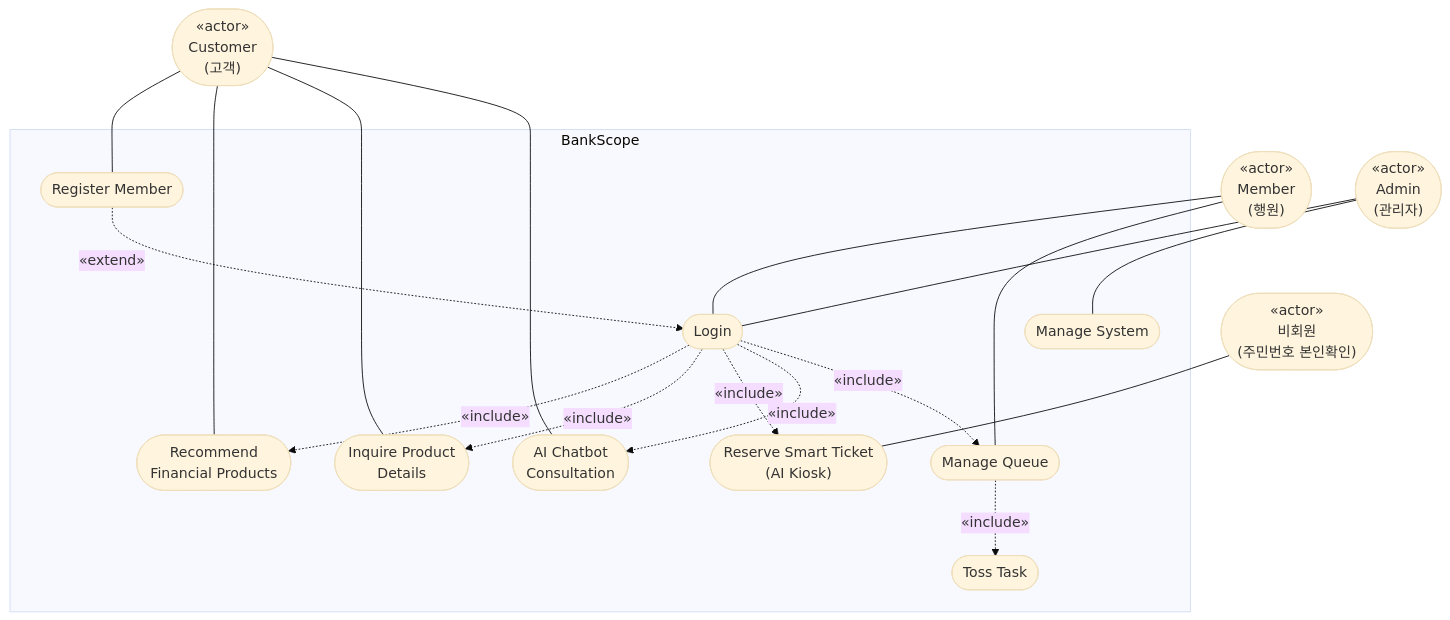
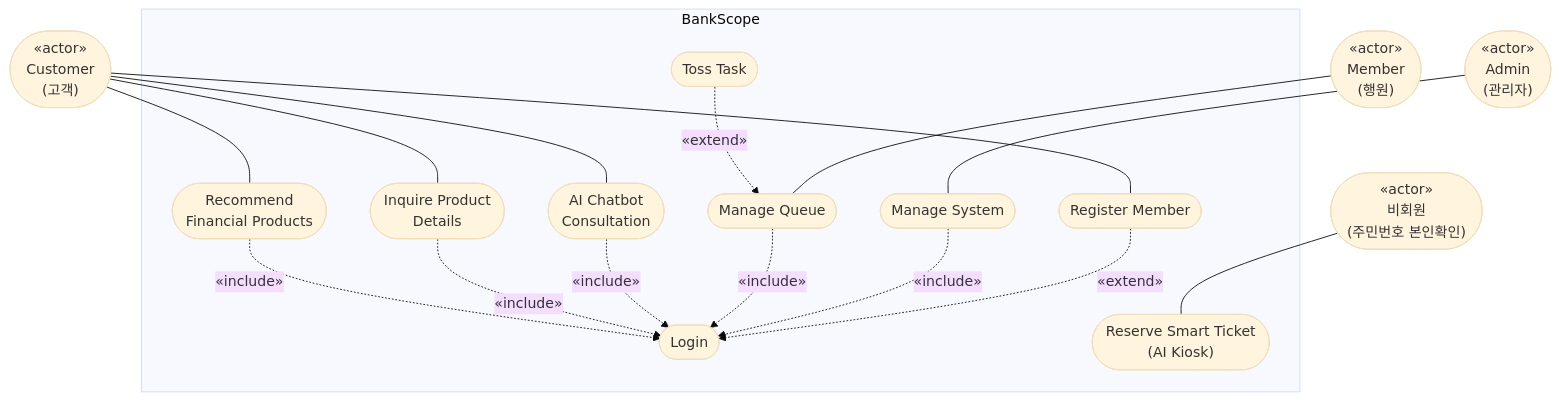
One commit to silversky621/BankScope changed the diagram in Analysis_[21622137_최재영].md. Above: the diagram before and after it, drawn with Mermaid (base theme).

Commit message:
docs: Use Case 다이어그램 UML 표기 정정(include/extend 방향, 키오스크 RST 세션리스 반영)

````diff
--- a/Analysis_[21622137_최재영].md
+++ b/Analysis_[21622137_최재영].md
@@ -68,37 +68,38 @@
 ```mermaid
 flowchart TB
     Customer(["«actor»\nCustomer\n(고객)"])
     Member(["«actor»\nMember\n(행원)"])
     Admin(["«actor»\nAdmin\n(관리자)"])
     NonMember(["«actor»\n비회원\n(주민번호 본인확인)"])
 
     subgraph BankScope["BankScope"]
         RM(["Register Member"])
         LG(["Login"])
         RF(["Recommend\nFinancial Products"])
         IP(["Inquire Product\nDetails"])
         RST(["Reserve Smart Ticket\n(AI Kiosk)"])
         AC(["AI Chatbot\nConsultation"])
         MQ(["Manage Queue"])
         TT(["Toss Task"])
         MS(["Manage System"])
 
+        %% 로그인은 각 기능의 사전 조건(공통 포함) → 기능이 Login을 «include»
+        RF -.->|"«include»"| LG
+        IP -.->|"«include»"| LG
+        AC -.->|"«include»"| LG
+        MQ -.->|"«include»"| LG
+        MS -.->|"«include»"| LG
+        %% 회원가입은 로그인 화면에서 선택적으로 분기되는 확장
         RM -.->|"«extend»"| LG
-        LG -.->|"«include»"| RF
-        LG -.->|"«include»"| IP
-        LG -.->|"«include»"| RST
-        LG -.->|"«include»"| AC
-        LG -.->|"«include»"| MQ
-        MQ -.->|"«include»"| TT
+        %% 업무 이관은 대기열 관리 중 조건부로 발생하는 확장
+        TT -.->|"«extend»"| MQ
     end
 
     Customer --- RM
     Customer --- RF
     Customer --- IP
     Customer --- AC
-    Member --- LG
     Member --- MQ
-    Admin --- LG
     Admin --- MS
     NonMember --- RST
 ```
````
